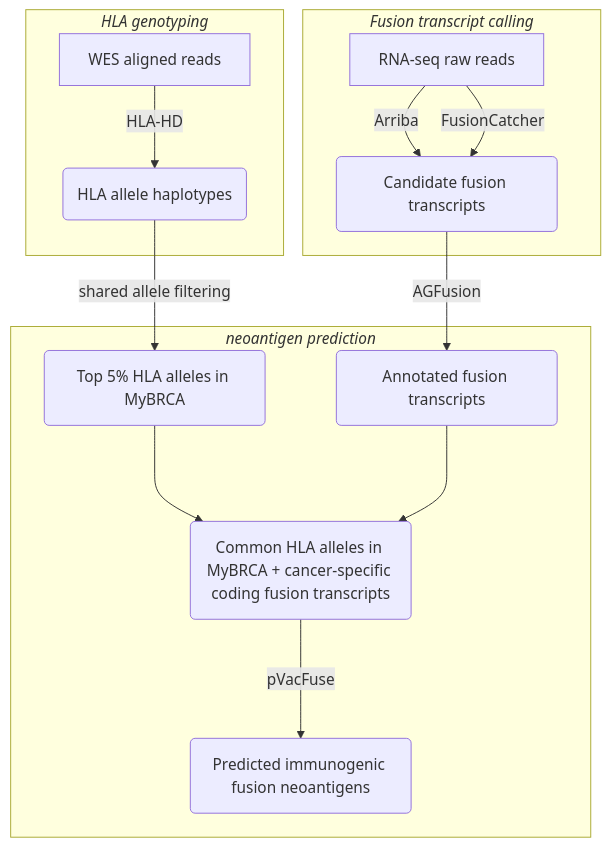
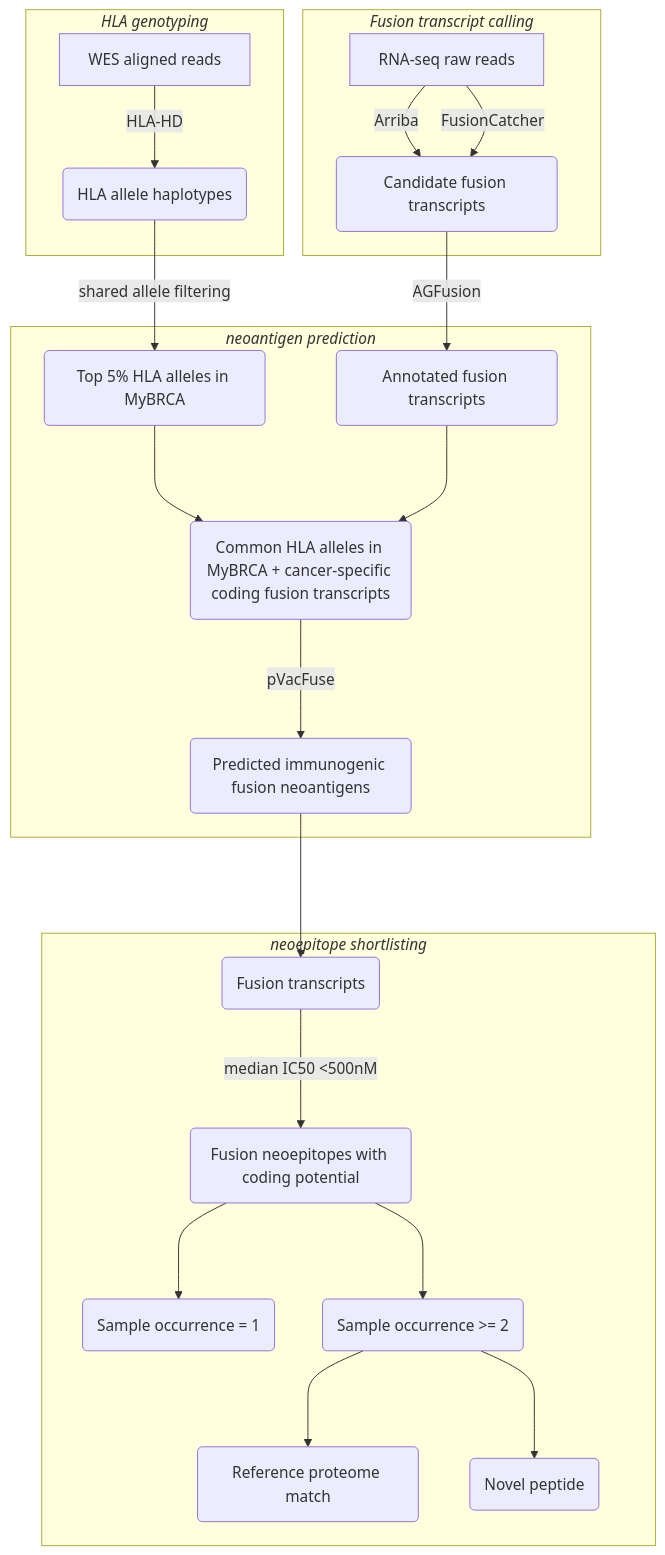
The diagram in README.md (cancer-research-malaysia/NeonDisco), drawn with Mermaid before and after one commit. The commit also changed 1 other file, not shown here.

````diff
--- a/README.md
+++ b/README.md
@@ -81,19 +81,27 @@
 ```mermaid
 flowchart TD
     subgraph "`*Fusion transcript calling*`"
     A[RNA-seq raw reads] -->|Arriba| B(Fusion transcripts)
     A[RNA-seq raw reads] -->|FusionCatcher| B(Candidate fusion transcripts)
     end
     subgraph "`*HLA genotyping*`"
     A2[WES aligned reads] --> |HLA-HD| B2(HLA allele haplotypes)
     end
     B2 --> |shared allele filtering| C(Top 5% HLA alleles in MyBRCA)
     B --> |AGFusion| C2(Annotated fusion transcripts)
 
     subgraph "`*neoantigen prediction*`"
     C ---> D(Common HLA alleles in MyBRCA + cancer-specific coding fusion transcripts)
     C2 ---> D
     D ---> |pVacFuse| E(Predicted immunogenic fusion neoantigens)
     end
+    subgraph "`*neoepitope shortlisting*`"
+    E ---> F(Fusion transcripts)
+    F ---> |median IC50 <500nM| G(Fusion neoepitopes with coding potential)
+    G ---> H1(Sample occurrence = 1)
+    G ---> H2(Sample occurrence >= 2)
+    H2 ---> I1(Reference proteome match)
+    H2 --->I2(Novel peptide)
+    end
 
 ```
````
